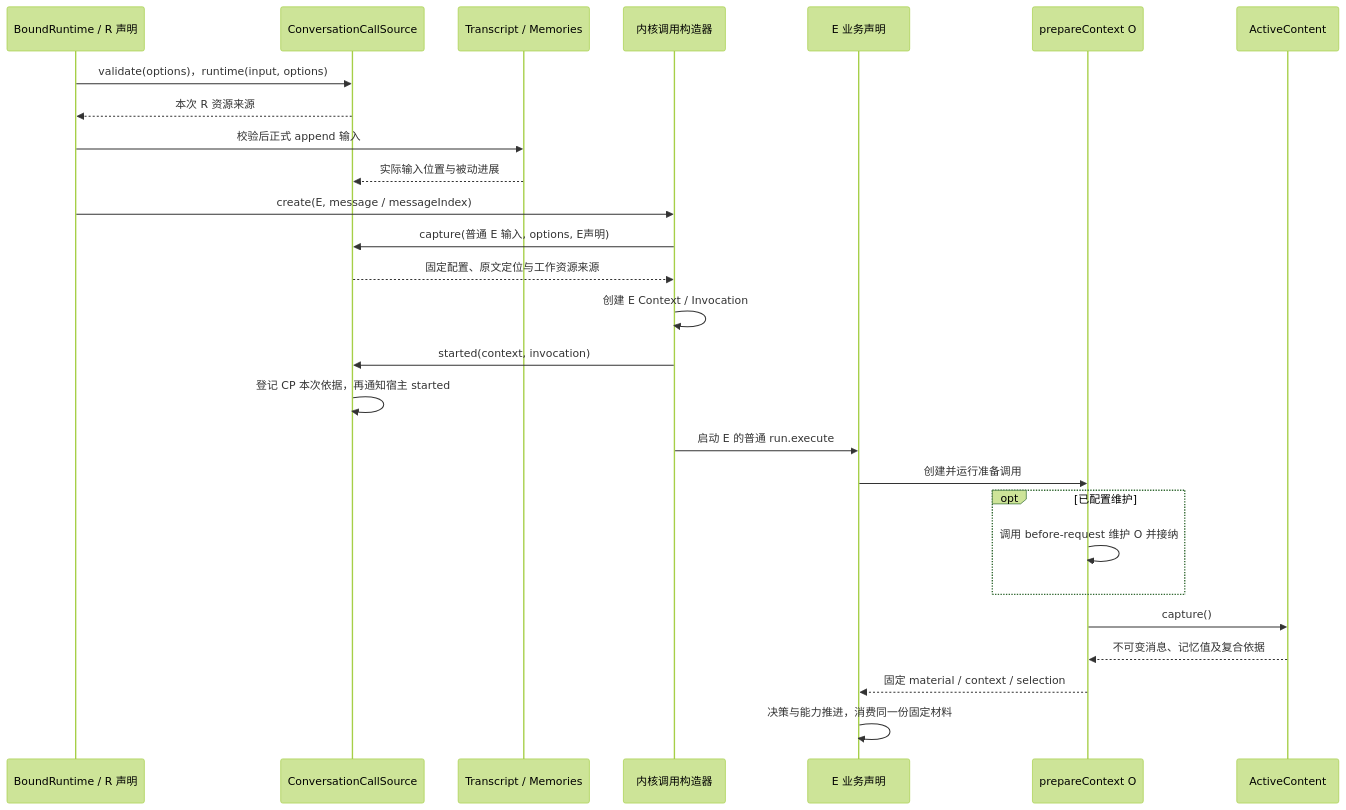
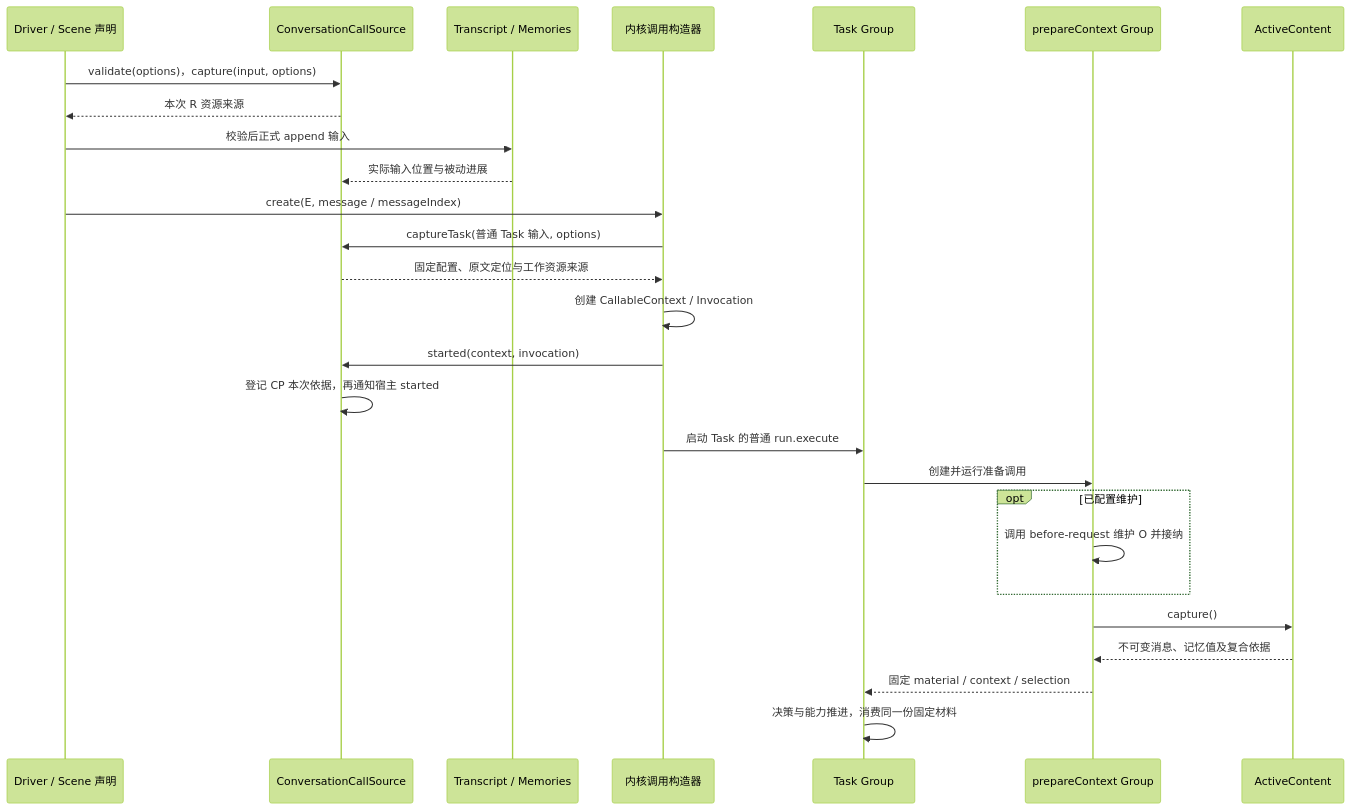
One commit to weiliang0121/capix changed the second of 2 diagrams in docs/service-assembly.md. Above: the diagram before and after it, drawn with Mermaid (forest theme). The commit also changed other lines of this file and 395 other files, not shown here.

First line of the commit message:
refactor: unify callable structures and explicit driver binding

````diff
--- a/docs/service-assembly.md
+++ b/docs/service-assembly.md
@@ -77,29 +81,29 @@
 ```mermaid
 sequenceDiagram
-    participant R as BoundRuntime / R 声明
+    participant R as Driver / Scene 声明
     participant Source as ConversationCallSource
     participant Entity as Transcript / Memories
     participant Build as 内核调用构造器
-    participant E as E 业务声明
-    participant Prep as prepareContext O
+    participant E as Task Group
+    participant Prep as prepareContext Group
     participant Active as ActiveContent
-    R->>Source: validate(options)，runtime(input, options)
+    R->>Source: validate(options)，capture(input, options)
     Source-->>R: 本次 R 资源来源
     R->>Entity: 校验后正式 append 输入
     Entity-->>Source: 实际输入位置与被动进展
     R->>Build: create(E, message / messageIndex)
-    Build->>Source: capture(普通 E 输入, options, E声明)
+    Build->>Source: captureTask(普通 Task 输入, options)
     Source-->>Build: 固定配置、原文定位与工作资源来源
-    Build->>Build: 创建 E Context / Invocation
+    Build->>Build: 创建 CallableContext / Invocation
     Build->>Source: started(context, invocation)
     Source->>Source: 登记 CP 本次依据，再通知宿主 started
-    Build->>E: 启动 E 的普通 run.execute
+    Build->>E: 启动 Task 的普通 run.execute
     E->>Prep: 创建并运行准备调用
     opt 已配置维护
         Prep->>Prep: 调用 before-request 维护 O 并接纳
     end
     Prep->>Active: capture()
     Active-->>Prep: 不可变消息、记忆值及复合依据
     Prep-->>E: 固定 material / context / selection
     E->>E: 决策与能力推进，消费同一份固定材料
 ```
````
